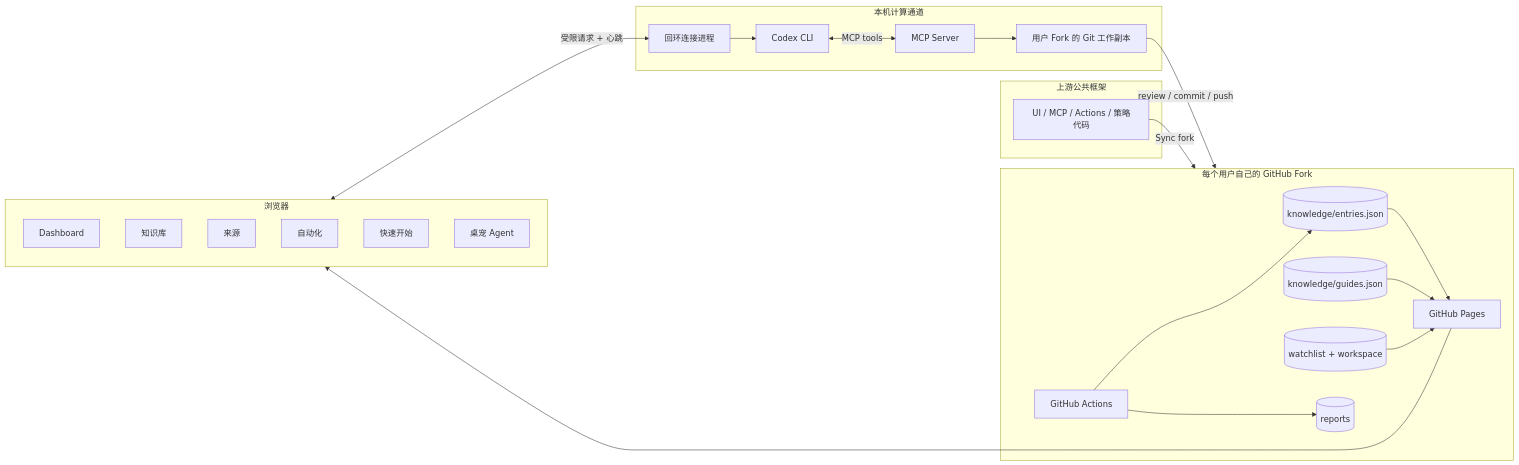
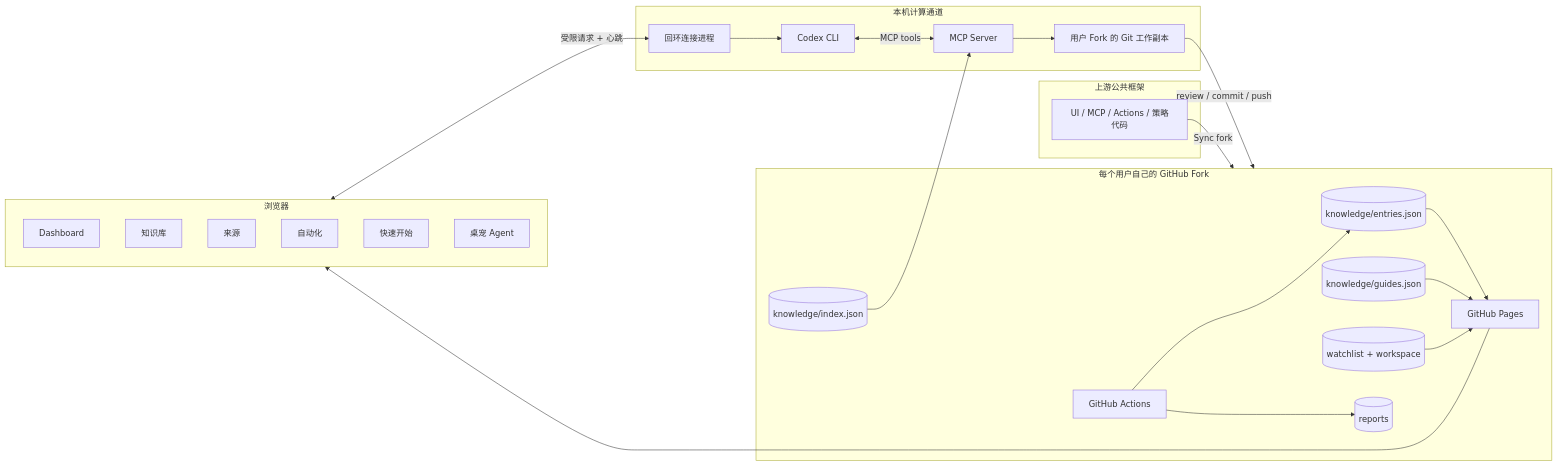
The first of 2 diagrams in README.md (Alex-2000-m/agent-engineer-workbench), drawn with Mermaid before and after one commit. The commit also changed other lines of this file and 25 other files, not shown here.

````diff
--- a/README.md
+++ b/README.md
@@ -12,44 +12,46 @@
 ```mermaid
 flowchart LR
   subgraph Public[上游公共框架]
     U[UI / MCP / Actions / 策略代码]
   end
 
   subgraph Fork[每个用户自己的 GitHub Fork]
     E[(knowledge/entries.json)]
     G[(knowledge/guides.json)]
+    I[(knowledge/index.json)]
     W[(watchlist + workspace)]
     R[(reports)]
     A[GitHub Actions]
     P[GitHub Pages]
   end
 
   subgraph Browser[浏览器]
     D[Dashboard]
     K[知识库]
     S[来源]
     T[自动化]
     Q[快速开始]
     Pet[桌宠 Agent]
   end
 
   subgraph Local[本机计算通道]
     CLI[Codex CLI]
     MCP[MCP Server]
     Bridge[回环连接进程]
     Worktree[用户 Fork 的 Git 工作副本]
   end
 
   U -->|Sync fork| Fork
   A --> E
   A --> R
   E --> P
   G --> P
+  I --> MCP
   W --> P
   P --> Browser
   Browser <-->|受限请求 + 心跳| Bridge
   Bridge --> CLI
   CLI <-->|MCP tools| MCP
   MCP --> Worktree
   Worktree -->|review / commit / push| Fork
 ```
````
